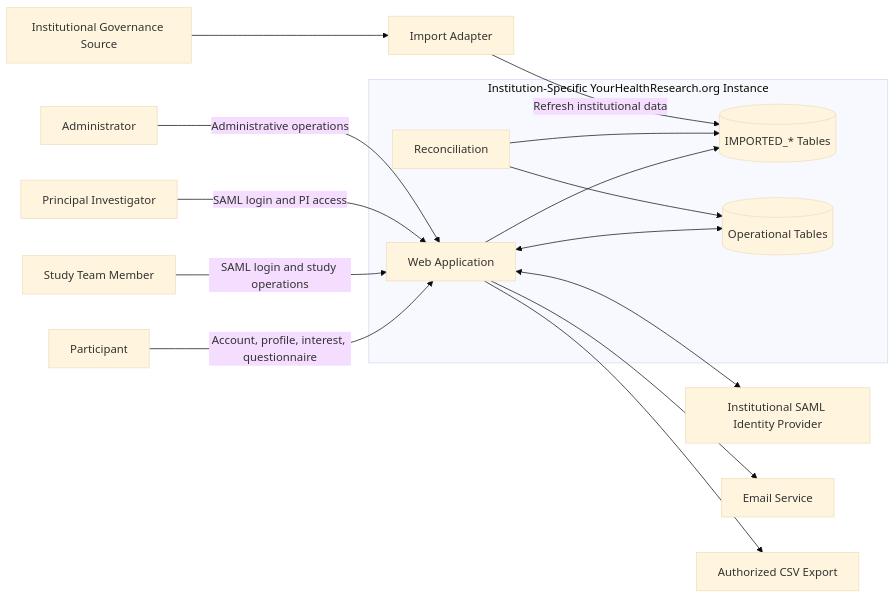
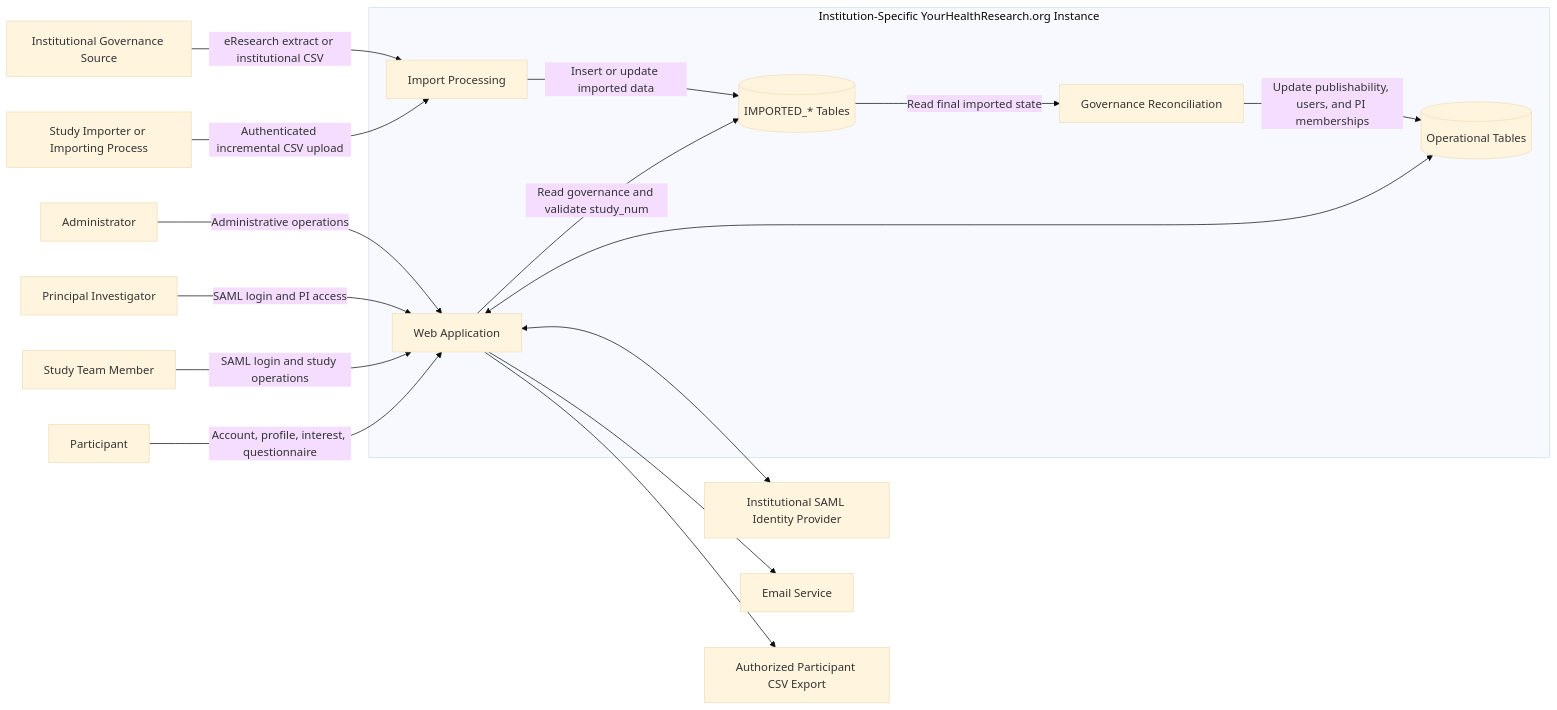
The diagram in docs/02-architecture/system-context.md (umich-michr/yhr-context), drawn with Mermaid (base theme) before and after one commit. The commit also changed other lines of this file and 59 other files, not shown here.

````diff
--- a/docs/02-architecture/system-context.md
+++ b/docs/02-architecture/system-context.md
@@ -9,36 +9,38 @@
 ```mermaid
 flowchart LR
     P[Participant]
     STM[Study Team Member]
     PI[Principal Investigator]
     ADMIN[Administrator]
+    SI[Study Importer or Importing Process]
 
     subgraph YHR["Institution-Specific YourHealthResearch.org Instance"]
         APP[Web Application]
+        INGEST[Import Processing]
         IMPORTED[(IMPORTED_* Tables)]
+        RECON[Governance Reconciliation]
         OPERATIONAL[(Operational Tables)]
-        RECON[Reconciliation]
 
         APP <--> OPERATIONAL
-        APP --> IMPORTED
-        RECON --> IMPORTED
-        RECON --> OPERATIONAL
+        APP -->|Read governance and validate study_num| IMPORTED
+        INGEST -->|Insert or update imported data| IMPORTED
+        IMPORTED -->|Read final imported state| RECON
+        RECON -->|Update publishability, users, and PI memberships| OPERATIONAL
     end
 
     IDP[Institutional SAML Identity Provider]
     SOURCE[Institutional Governance Source]
-    INGEST[Import Adapter]
     EMAIL[Email Service]
-    CSV[Authorized CSV Export]
+    CSVOUT[Authorized Participant CSV Export]
 
     P -->|Account, profile, interest, questionnaire| APP
     STM -->|SAML login and study operations| APP
     PI -->|SAML login and PI access| APP
     ADMIN -->|Administrative operations| APP
+    SI -->|Authenticated incremental CSV upload| INGEST
 
     APP <--> IDP
-    SOURCE --> INGEST
-    INGEST -->|Refresh institutional data| IMPORTED
+    SOURCE -->|eResearch extract or institutional CSV| INGEST
     APP --> EMAIL
-    APP --> CSV
+    APP --> CSVOUT
 ```
````
